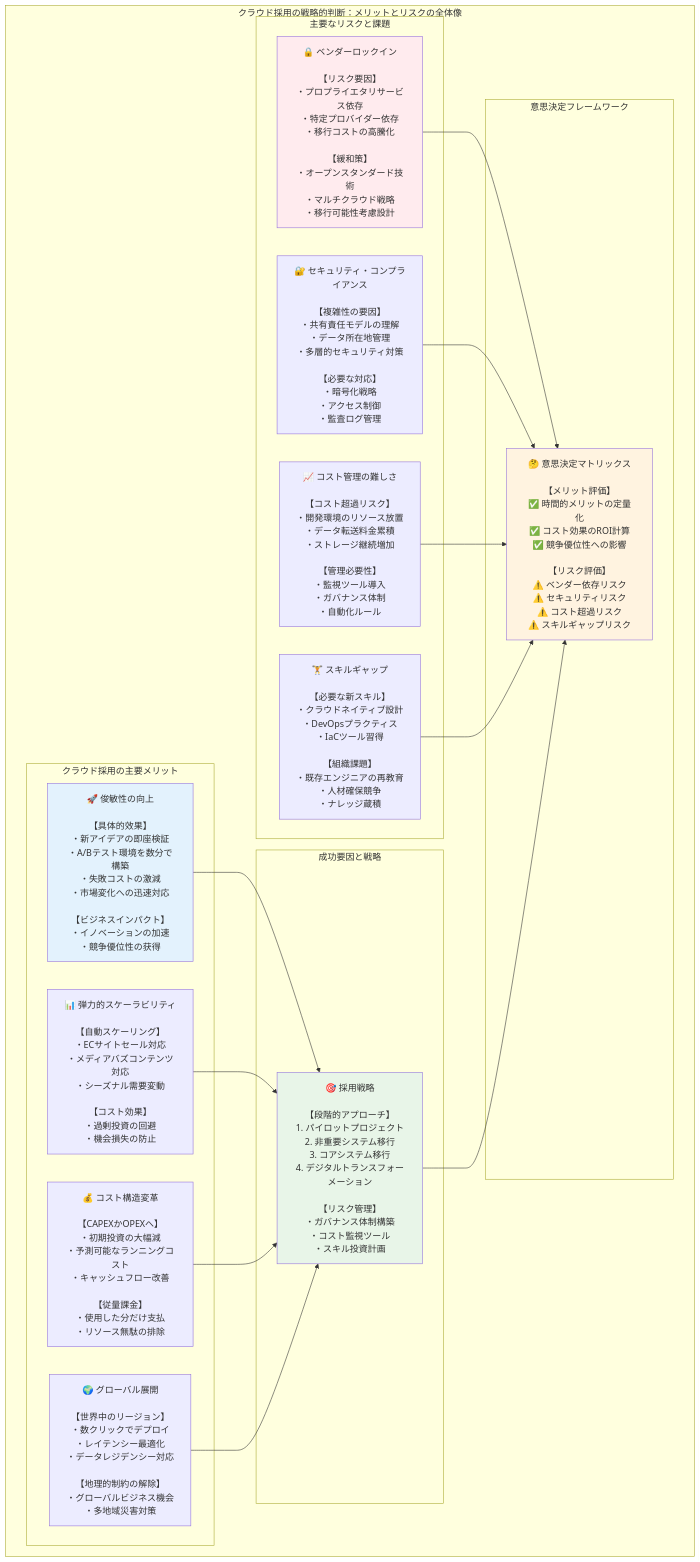
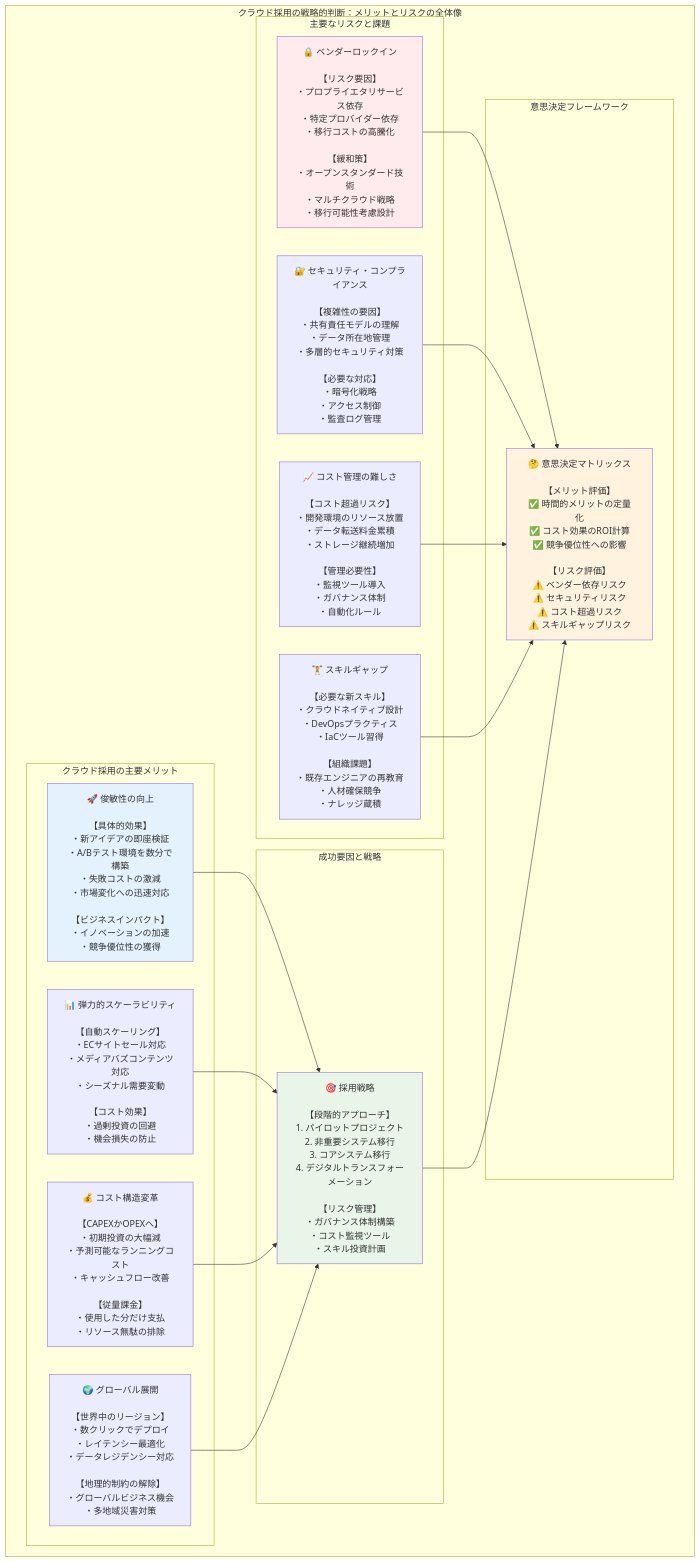
The second of 2 diagrams in src/chapter-chapter01/index.md (itdojp/cloud-infra-book), drawn with Mermaid before and after one commit.

````diff
--- a/src/chapter-chapter01/index.md
+++ b/src/chapter-chapter01/index.md
@@ -204,49 +204,49 @@
 ```mermaid
 flowchart TD
     subgraph "クラウド採用の戦略的判断：メリットとリスクの全体像"
         subgraph "クラウド採用の主要メリット"
-            Agility["🚀 俊敏性の向上<br/><br/>【具体的效果】<br/>・新アイデアの即座検証<br/>・A/Bテスト環境を数分で構築<br/>・失敗コストの激減<br/>・市場変化への迅速対応<br/><br/>【ビジネスインパクト】<br/>・イノベーションの加速<br/>・競争優位性の获得"]
+            Agility["🚀 俊敏性の向上<br/><br/>【具体的効果】<br/>・新アイデアの即座検証<br/>・A/Bテスト環境を数分で構築<br/>・失敗コストの激減<br/>・市場変化への迅速対応<br/><br/>【ビジネスインパクト】<br/>・イノベーションの加速<br/>・競争優位性の獲得"]
             
             Scalability["📊 弾力的スケーラビリティ<br/><br/>【自動スケーリング】<br/>・ECサイトセール対応<br/>・メディアバズコンテンツ対応<br/>・シーズナル需要変動<br/><br/>【コスト効果】<br/>・過剰投資の回避<br/>・機会損失の防止"]
             
             CostStructure["💰 コスト構造変革<br/><br/>【CAPEXかOPEXへ】<br/>・初期投資の大幅減<br/>・予測可能なランニングコスト<br/>・キャッシュフロー改善<br/><br/>【従量課金】<br/>・使用した分だけ支払<br/>・リソース無駄の排除"]
             
             GlobalReach["🌍 グローバル展開<br/><br/>【世界中のリージョン】<br/>・数クリックでデプロイ<br/>・レイテンシー最適化<br/>・データレジデンシー対応<br/><br/>【地理的制約の解除】<br/>・グローバルビジネス機会<br/>・多地域災害対策"]
         end
         
         subgraph "主要なリスクと課題"
             VendorLock["🔒 ベンダーロックイン<br/><br/>【リスク要因】<br/>・プロプライエタリサービス依存<br/>・特定プロバイダー依存<br/>・移行コストの高騰化<br/><br/>【緩和策】<br/>・オープンスタンダード技術<br/>・マルチクラウド戦略<br/>・移行可能性考慮設計"]
             
             Security["🔐 セキュリティ・コンプライアンス<br/><br/>【複雑性の要因】<br/>・共有責任モデルの理解<br/>・データ所在地管理<br/>・多層的セキュリティ対策<br/><br/>【必要な対応】<br/>・暗号化戦略<br/>・アクセス制御<br/>・監査ログ管理"]
             
             CostManagement["📈 コスト管理の難しさ<br/><br/>【コスト超過リスク】<br/>・開発環境のリソース放置<br/>・データ転送料金累積<br/>・ストレージ継続増加<br/><br/>【管理必要性】<br/>・監視ツール導入<br/>・ガバナンス体制<br/>・自動化ルール"]
             
             SkillGap["🏋️ スキルギャップ<br/><br/>【必要な新スキル】<br/>・クラウドネイティブ設計<br/>・DevOpsプラクティス<br/>・IaCツール習得<br/><br/>【組織課題】<br/>・既存エンジニアの再教育<br/>・人材確保競争<br/>・ナレッジ蔵積"]
         end
         
         subgraph "成功要因と戦略"
             Strategy["🎯 採用戦略<br/><br/>【段階的アプローチ】<br/>1. パイロットプロジェクト<br/>2. 非重要システム移行<br/>3. コアシステム移行<br/>4. デジタルトランスフォーメーション<br/><br/>【リスク管理】<br/>・ガバナンス体制構築<br/>・コスト監視ツール<br/>・スキル投資計画"]
         end
         
         subgraph "意思決定フレームワーク"
             DecisionMatrix["🤔 意思決定マトリックス<br/><br/>【メリット評価】<br/>✅ 時間的メリットの定量化<br/>✅ コスト効果のROI計算<br/>✅ 競争優位性への影響<br/><br/>【リスク評価】<br/>⚠️ ベンダー依存リスク<br/>⚠️ セキュリティリスク<br/>⚠️ コスト超過リスク<br/>⚠️ スキルギャップリスク"]
         end
         
         Agility --> Strategy
         Scalability --> Strategy
         CostStructure --> Strategy
         GlobalReach --> Strategy
         
         VendorLock --> DecisionMatrix
         Security --> DecisionMatrix
         CostManagement --> DecisionMatrix
         SkillGap --> DecisionMatrix
         
         Strategy --> DecisionMatrix
     end
     
     style Agility fill:#e3f2fd
     style VendorLock fill:#ffebee
     style Strategy fill:#e8f5e8
     style DecisionMatrix fill:#fff3e0
 ```
````
